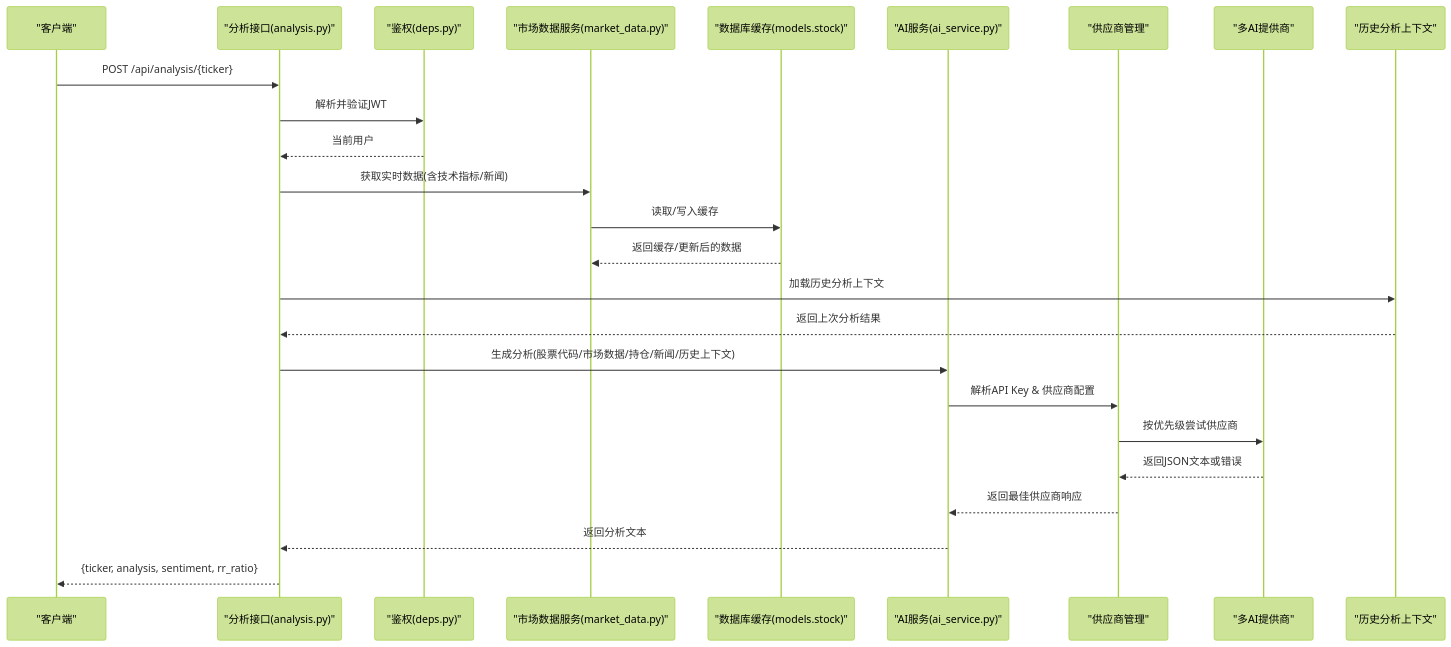
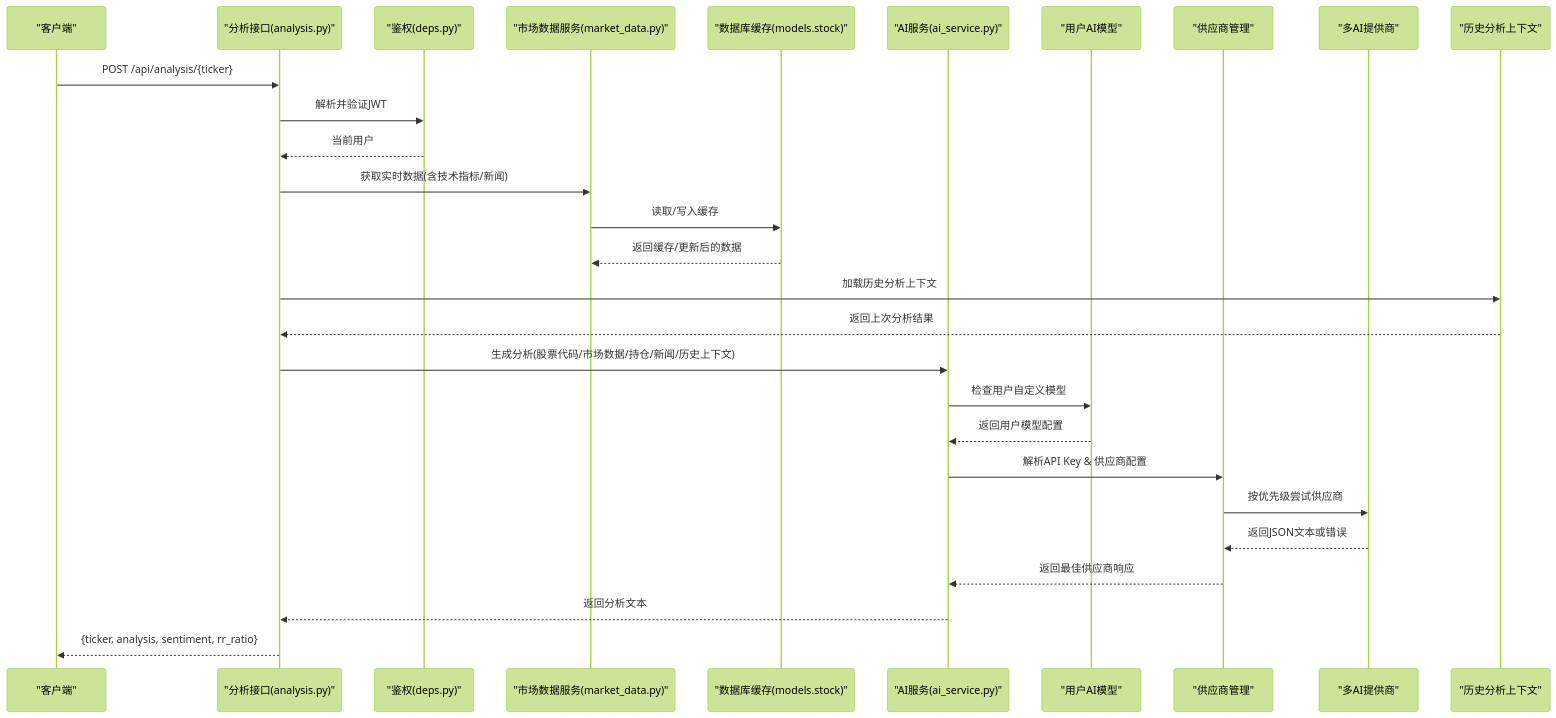
One commit to breeze-lyf/ai-stock-advisor changed the second of 7 diagrams in .qoder/repowiki/zh/content/AI智能分析服务/AI智能分析服务.md. Above: the diagram before and after it, drawn with Mermaid (forest theme). The commit also changed other lines of this file and 30 other files, not shown here.

````diff
--- a/.qoder/repowiki/zh/content/AI智能分析服务/AI智能分析服务.md
+++ b/.qoder/repowiki/zh/content/AI智能分析服务/AI智能分析服务.md
@@ -163,27 +181,30 @@
 ```mermaid
 sequenceDiagram
 participant Client as "客户端"
 participant API as "分析接口(analysis.py)"
 participant Auth as "鉴权(deps.py)"
 participant MD as "市场数据服务(market_data.py)"
 participant Cache as "数据库缓存(models.stock)"
 participant AI as "AI服务(ai_service.py)"
+participant UserModel as "用户AI模型"
 participant ProvMgr as "供应商管理"
 participant Provider as "多AI提供商"
 participant History as "历史分析上下文"
 Client->>API : POST /api/analysis/{ticker}
 API->>Auth : 解析并验证JWT
 Auth-->>API : 当前用户
 API->>MD : 获取实时数据(含技术指标/新闻)
 MD->>Cache : 读取/写入缓存
 Cache-->>MD : 返回缓存/更新后的数据
 API->>History : 加载历史分析上下文
 History-->>API : 返回上次分析结果
 API->>AI : 生成分析(股票代码/市场数据/持仓/新闻/历史上下文)
+AI->>UserModel : 检查用户自定义模型
+UserModel-->>AI : 返回用户模型配置
 AI->>ProvMgr : 解析API Key & 供应商配置
 ProvMgr->>Provider : 按优先级尝试供应商
 Provider-->>ProvMgr : 返回JSON文本或错误
 ProvMgr-->>AI : 返回最佳供应商响应
 AI-->>API : 返回分析文本
 API-->>Client : {ticker, analysis, sentiment, rr_ratio}
 ```
````
